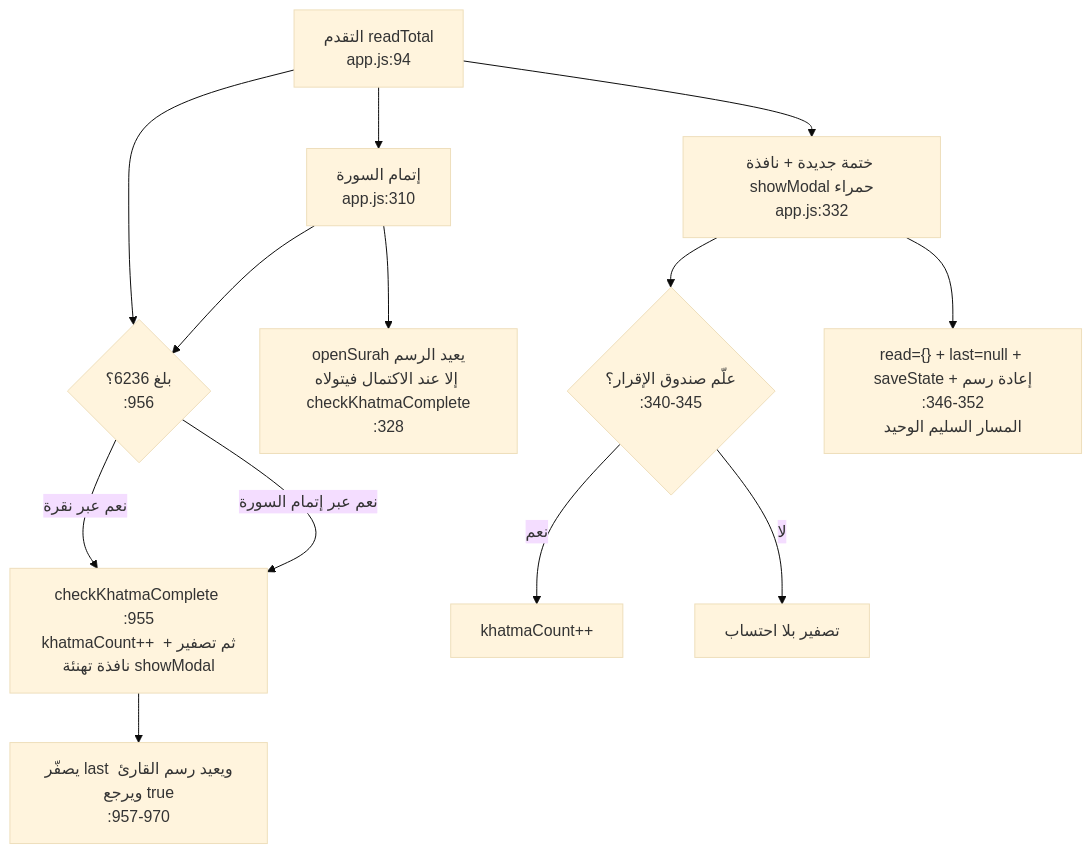
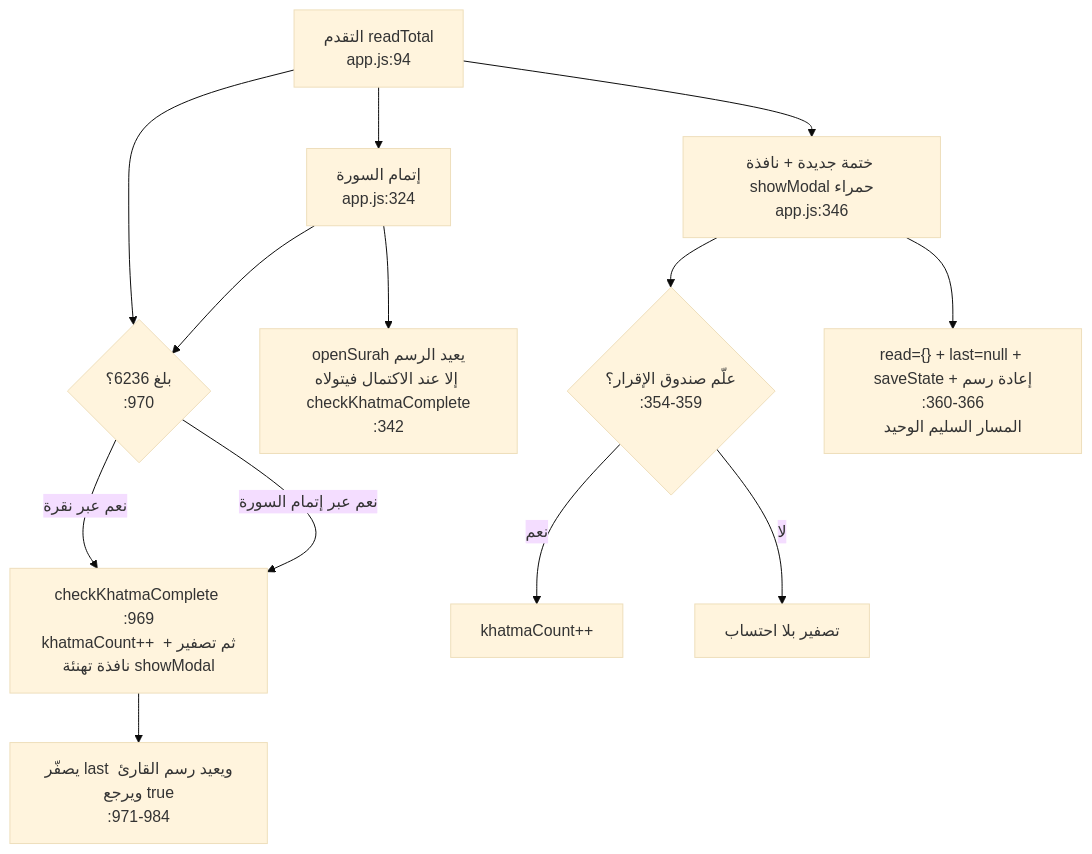
One commit to jabar-reda/quran-app changed the fifth of 6 diagrams in docs/CODE-MAP.md. Above: the diagram before and after it, drawn with Mermaid (base theme). The commit also changed other lines of this file and 9 other files, not shown here.

````diff
--- a/docs/CODE-MAP.md
+++ b/docs/CODE-MAP.md
@@ -97,13 +97,13 @@
 ```mermaid
 flowchart TD
-    P["التقدم readTotal<br/>app.js:94"] --> K{"بلغ 6236؟<br/>:956"}
-    K -- "نعم عبر نقرة" --> A1["checkKhatmaComplete :955<br/>khatmaCount++ ثم تصفير + نافذة تهنئة showModal"]
+    P["التقدم readTotal<br/>app.js:94"] --> K{"بلغ 6236؟<br/>:970"}
+    K -- "نعم عبر نقرة" --> A1["checkKhatmaComplete :969<br/>khatmaCount++ ثم تصفير + نافذة تهنئة showModal"]
     K -- "نعم عبر إتمام السورة" --> A1
-    A1 --> X1["يصفّر last ويعيد رسم القارئ ويرجع true<br/>:957-970"]
-    P --> M["إتمام السورة<br/>app.js:310"] --> K
-    M --> R["openSurah يعيد الرسم<br/>إلا عند الاكتمال فيتولاه checkKhatmaComplete<br/>:328"]
-    P --> Z["ختمة جديدة + نافذة showModal حمراء<br/>app.js:332"] --> Z1{"علّم صندوق الإقرار؟<br/>:340-345"}
+    A1 --> X1["يصفّر last ويعيد رسم القارئ ويرجع true<br/>:971-984"]
+    P --> M["إتمام السورة<br/>app.js:324"] --> K
+    M --> R["openSurah يعيد الرسم<br/>إلا عند الاكتمال فيتولاه checkKhatmaComplete<br/>:342"]
+    P --> Z["ختمة جديدة + نافذة showModal حمراء<br/>app.js:346"] --> Z1{"علّم صندوق الإقرار؟<br/>:354-359"}
     Z1 -- نعم --> Z2["khatmaCount++"]
     Z1 -- لا --> Z3["تصفير بلا احتساب"]
-    Z --> Z4["read={} + last=null + saveState + إعادة رسم<br/>:346-352<br/>المسار السليم الوحيد"]
+    Z --> Z4["read={} + last=null + saveState + إعادة رسم<br/>:360-366<br/>المسار السليم الوحيد"]
 ```
````
